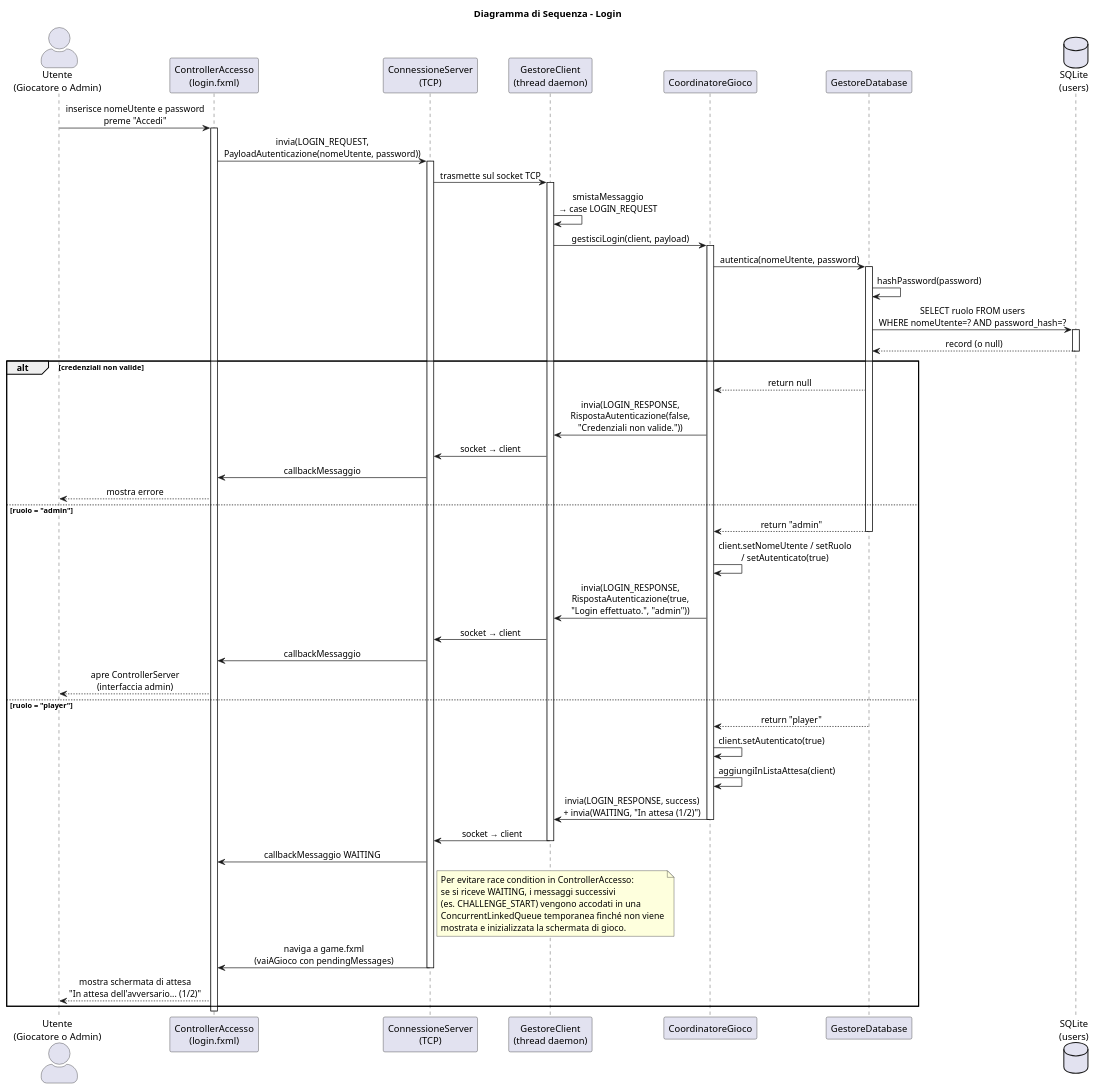
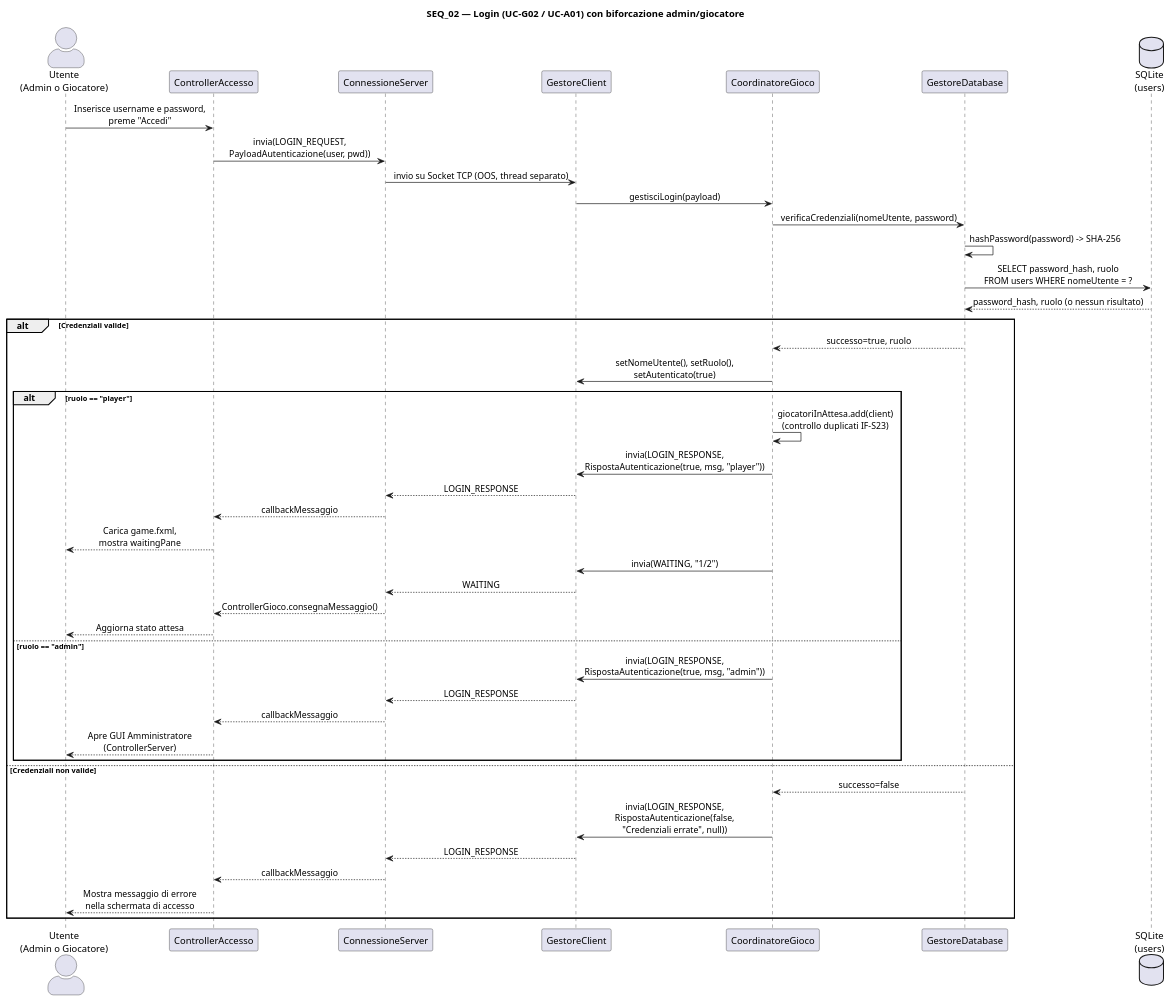
The diagram in Documenti/Diagrammi/SEQ_02_Login.puml (Michele-Pio-Russo/Progetto_Java_Avanzata_Gruppo_2), drawn with PlantUML before and after one commit. The commit also changed 26 other files, not shown here.

```diff
--- a/Documenti/Diagrammi/SEQ_02_Login.puml
+++ b/Documenti/Diagrammi/SEQ_02_Login.puml
@@ -1,77 +1,53 @@
 @startuml SEQ_02_Login
 skinparam actorStyle awesome
 skinparam sequenceMessageAlign center
 
-title Diagramma di Sequenza - Login
+title SEQ_02 — Login (UC-G02 / UC-A01) con biforcazione admin/giocatore
 
-actor "Utente\n(Giocatore o Admin)" as User
-participant "ControllerAccesso\n(login.fxml)" as Ctrl
-participant "ConnessioneServer\n(TCP)" as Conn
-participant "GestoreClient\n(thread daemon)" as GC
-participant "CoordinatoreGioco" as Coord
-participant "GestoreDatabase" as DB
-database "SQLite\n(users)" as SQLite
+actor "Utente\n(Admin o Giocatore)" as U
+participant "ControllerAccesso" as CA
+participant "ConnessioneServer" as CONN
+participant "GestoreClient" as GC
+participant "CoordinatoreGioco" as COORD
+participant "GestoreDatabase" as DB_MGR
+database "SQLite\n(users)" as DB
 
-User -> Ctrl : inserisce nomeUtente e password\npreme "Accedi"
-activate Ctrl
+U -> CA : Inserisce username e password,\npreme "Accedi"
+CA -> CONN : invia(LOGIN_REQUEST,\nPayloadAutenticazione(user, pwd))
+CONN -> GC : invio su Socket TCP (OOS, thread separato)
+GC -> COORD : gestisciLogin(payload)
+COORD -> DB_MGR : verificaCredenziali(nomeUtente, password)
+DB_MGR -> DB_MGR : hashPassword(password) -> SHA-256
+DB_MGR -> DB : SELECT password_hash, ruolo\nFROM users WHERE nomeUtente = ?
+DB --> DB_MGR : password_hash, ruolo (o nessun risultato)
 
-Ctrl -> Conn : invia(LOGIN_REQUEST,\nPayloadAutenticazione(nomeUtente, password))
-activate Conn
-Conn -> GC : trasmette sul socket TCP
-activate GC
+alt Credenziali valide
+  DB_MGR --> COORD : successo=true, ruolo
+  COORD -> GC : setNomeUtente(), setRuolo(),\nsetAutenticato(true)
 
-GC -> GC : smistaMessaggio\n→ case LOGIN_REQUEST
-GC -> Coord : gestisciLogin(client, payload)
-activate Coord
+  alt ruolo == "player"
+    COORD -> COORD : giocatoriInAttesa.add(client)\n(controllo duplicati IF-S23)
+    COORD -> GC : invia(LOGIN_RESPONSE,\nRispostaAutenticazione(true, msg, "player"))
+    GC --> CONN : LOGIN_RESPONSE
+    CONN --> CA : callbackMessaggio
+    CA --> U : Carica game.fxml,\nmostra waitingPane
+    COORD -> GC : invia(WAITING, "1/2")
+    GC --> CONN : WAITING
+    CONN --> CA : ControllerGioco.consegnaMessaggio()
+    CA --> U : Aggiorna stato attesa
 
-Coord -> DB : autentica(nomeUtente, password)
-activate DB
-DB -> DB : hashPassword(password)
-DB -> SQLite : SELECT ruolo FROM users\nWHERE nomeUtente=? AND password_hash=?
-activate SQLite
-SQLite --> DB : record (o null)
-deactivate SQLite
+  else ruolo == "admin"
+    COORD -> GC : invia(LOGIN_RESPONSE,\nRispostaAutenticazione(true, msg, "admin"))
+    GC --> CONN : LOGIN_RESPONSE
+    CONN --> CA : callbackMessaggio
+    CA --> U : Apre GUI Amministratore\n(ControllerServer)
+  end
 
-alt credenziali non valide
-  DB --> Coord : return null
-  Coord -> GC : invia(LOGIN_RESPONSE,\nRispostaAutenticazione(false,\n"Credenziali non valide."))
-  GC -> Conn : socket → client
-  Conn -> Ctrl : callbackMessaggio
-  Ctrl --> User : mostra errore
-
-else ruolo = "admin"
-  DB --> Coord : return "admin"
-  deactivate DB
-  Coord -> Coord : client.setNomeUtente / setRuolo\n/ setAutenticato(true)
-  Coord -> GC : invia(LOGIN_RESPONSE,\nRispostaAutenticazione(true,\n"Login effettuato.", "admin"))
-  GC -> Conn : socket → client
-  Conn -> Ctrl : callbackMessaggio
-  Ctrl --> User : apre ControllerServer\n(interfaccia admin)
-
-else ruolo = "player"
-  DB --> Coord : return "player"
-  deactivate DB
-  Coord -> Coord : client.setAutenticato(true)
-  Coord -> Coord : aggiungiInListaAttesa(client)
-  Coord -> GC : invia(LOGIN_RESPONSE, success)\n+ invia(WAITING, "In attesa (1/2)")
-  deactivate Coord
-  GC -> Conn : socket → client
-  deactivate GC
-  Conn -> Ctrl : callbackMessaggio WAITING
-
-  note right of Conn
-    Per evitare race condition in ControllerAccesso:
-    se si riceve WAITING, i messaggi successivi
-    (es. CHALLENGE_START) vengono accodati in una
-    ConcurrentLinkedQueue temporanea finché non viene
-    mostrata e inizializzata la schermata di gioco.
-  end note
-
-  Conn -> Ctrl : naviga a game.fxml\n(vaiAGioco con pendingMessages)
-  deactivate Conn
-  Ctrl --> User : mostra schermata di attesa\n"In attesa dell'avversario... (1/2)"
+else Credenziali non valide
+  DB_MGR --> COORD : successo=false
+  COORD -> GC : invia(LOGIN_RESPONSE,\nRispostaAutenticazione(false,\n"Credenziali errate", null))
+  GC --> CONN : LOGIN_RESPONSE
+  CONN --> CA : callbackMessaggio
+  CA --> U : Mostra messaggio di errore\nnella schermata di accesso
 end
-
-deactivate Ctrl
-
 @enduml
```
